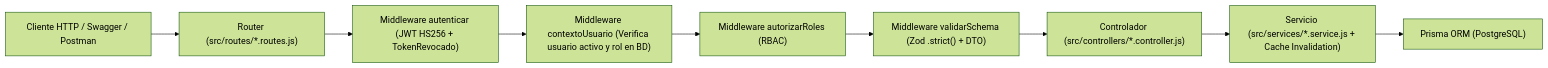
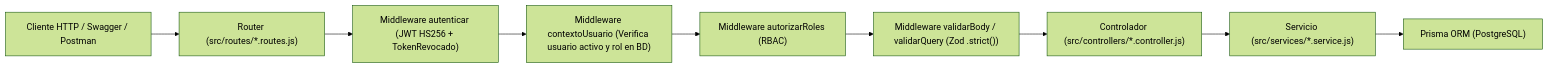
Before and after one commit to LeandroRizo/TP_Lab_Backend_2026: the diagram in README.md, drawn with Mermaid (forest theme). The commit also changed other lines of this file and 143 other files, not shown here.

````diff
--- a/README.md
+++ b/README.md
@@ -87,11 +88,11 @@
 ```mermaid
 flowchart LR
     A["Cliente HTTP / Swagger / Postman"] --> B["Router (src/routes/*.routes.js)"]
     B --> C["Middleware autenticar (JWT HS256 + TokenRevocado)"]
     C --> D["Middleware contextoUsuario (Verifica usuario activo y rol en BD)"]
     D --> E["Middleware autorizarRoles (RBAC)"]
-    E --> F["Middleware validarSchema (Zod .strict() + DTO)"]
+    E --> F["Middleware validarBody / validarQuery (Zod .strict())"]
     F --> G["Controlador (src/controllers/*.controller.js)"]
-    G --> H["Servicio (src/services/*.service.js + Cache Invalidation)"]
+    G --> H["Servicio (src/services/*.service.js)"]
     H --> I["Prisma ORM (PostgreSQL)"]
 ```
````
